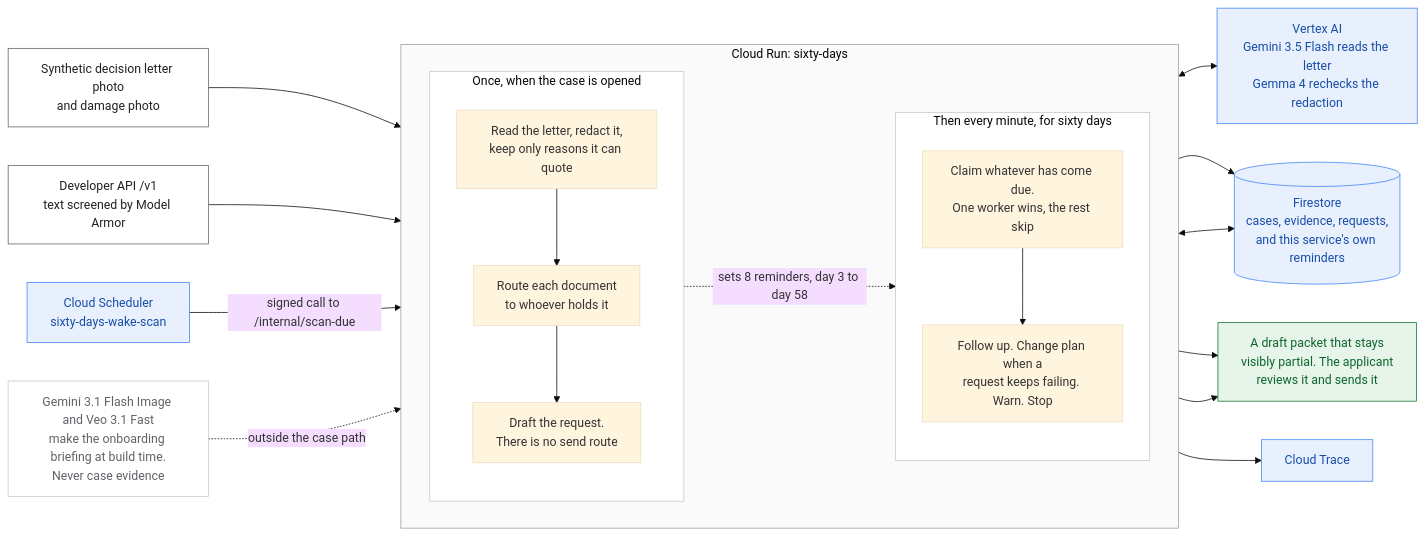
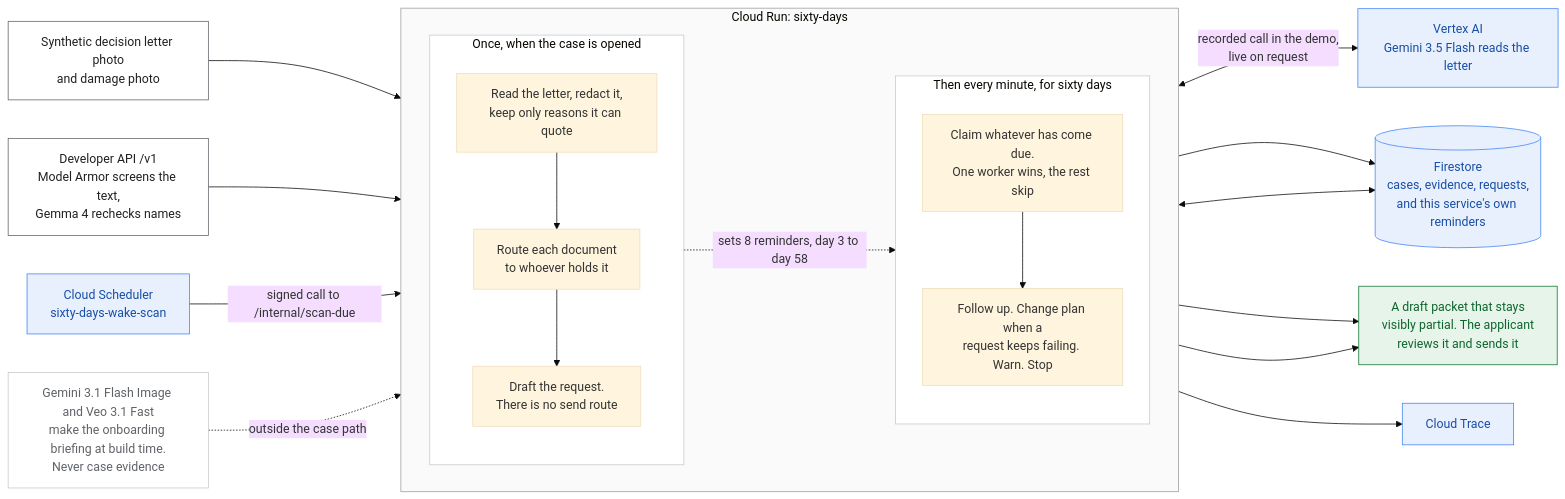
Before and after one commit to usv240/sixty-days: the diagram in docs/architecture.mmd, drawn with Mermaid (base theme). The commit also changed 3 other files, not shown here.

```diff
--- a/docs/architecture.mmd
+++ b/docs/architecture.mmd
@@ -1,54 +1,54 @@
 flowchart LR
     LETTER["Synthetic decision letter photo<br/>and damage photo"]
-    DEVAPI["Developer API /v1<br/>text screened by Model Armor"]
+    DEVAPI["Developer API /v1<br/>Model Armor screens the text,<br/>Gemma 4 rechecks names"]
 
     subgraph CR ["Cloud Run: sixty-days"]
         direction LR
 
         subgraph ONCE ["Once, when the case is opened"]
             direction TB
             P1["Read the letter, redact it,<br/>keep only reasons it can quote"]
             P2["Route each document<br/>to whoever holds it"]
             P3["Draft the request.<br/>There is no send route"]
             P1 --> P2 --> P3
         end
 
         subgraph EVERY ["Then every minute, for sixty days"]
             direction TB
             W1["Claim whatever has come due.<br/>One worker wins, the rest skip"]
             W2["Follow up. Change plan when a<br/>request keeps failing. Warn. Stop"]
             W1 --> W2
         end
 
         P2 -. "sets 8 reminders, day 3 to day 58" .-> W1
     end
 
     SCHED["Cloud Scheduler<br/>sixty-days-wake-scan"]
-    VERTEX["Vertex AI<br/>Gemini 3.5 Flash reads the letter<br/>Gemma 4 rechecks the redaction"]
+    VERTEX["Vertex AI<br/>Gemini 3.5 Flash reads the letter"]
     STATE[("Firestore<br/>cases, evidence, requests,<br/>and this service's own reminders")]
     TRACE["Cloud Trace"]
     MEDIA["Gemini 3.1 Flash Image and Veo 3.1 Fast<br/>make the onboarding briefing at build time.<br/>Never case evidence"]
     DRAFT["A draft packet that stays<br/>visibly partial. The applicant<br/>reviews it and sends it"]
 
     LETTER --> P1
     DEVAPI --> P1
-    P1 <--> VERTEX
+    P1 <-- "recorded call in the demo,<br/>live on request" --> VERTEX
     SCHED -- "signed call to /internal/scan-due" --> W1
     P3 --> STATE
     W1 <--> STATE
     W2 --> DRAFT
     P3 --> DRAFT
     CR --> TRACE
     MEDIA -. "outside the case path" .-> CR
 
     classDef svc fill:#e8f0fe,stroke:#4285f4,color:#174ea6
     classDef out fill:#e6f4ea,stroke:#137333,color:#0d652d
     classDef inp fill:#fff,stroke:#5f6368,color:#202124
     classDef aside fill:#fff,stroke:#c6c9cc,color:#5f6368
     class SCHED,VERTEX,STATE,TRACE svc
     class MEDIA aside
     class DRAFT out
     class LETTER,DEVAPI inp
     style CR fill:#fafafa,stroke:#9aa0a6
     style ONCE fill:#fff,stroke:#c6c9cc
     style EVERY fill:#fff,stroke:#c6c9cc
```
